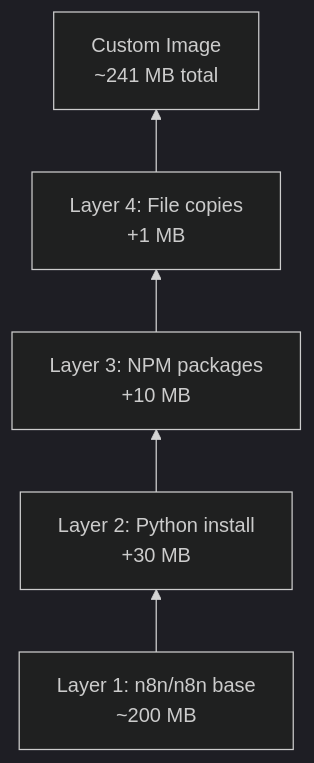
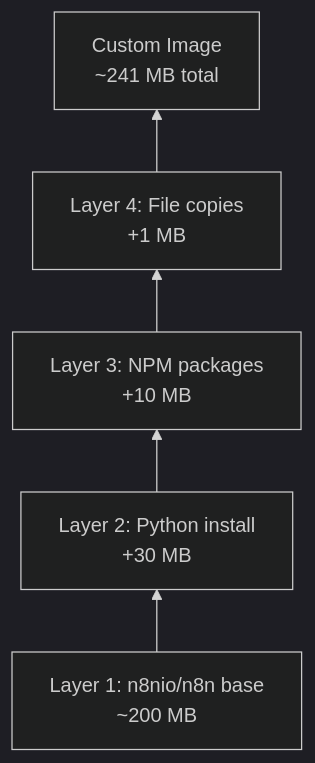
Before and after one commit to wtoloza-dev/ZTH-n8n-Engineer: the diagram in lessons/02-docker-basics/practice/03-custom-dockerfile.md, drawn with Mermaid (dark theme). The commit also changed other lines of this file and 17 other files, not shown here.

````diff
--- a/lessons/02-docker-basics/practice/03-custom-dockerfile.md
+++ b/lessons/02-docker-basics/practice/03-custom-dockerfile.md
@@ -341,7 +341,7 @@
 ```mermaid
 graph BT
-    L1[Layer 1: n8n/n8n base<br/>~200 MB] --> L2[Layer 2: Python install<br/>+30 MB]
+    L1[Layer 1: n8nio/n8n base<br/>~200 MB] --> L2[Layer 2: Python install<br/>+30 MB]
     L2 --> L3[Layer 3: NPM packages<br/>+10 MB]
     L3 --> L4[Layer 4: File copies<br/>+1 MB]
     L4 --> IMG[Custom Image<br/>~241 MB total]
 ```
````
